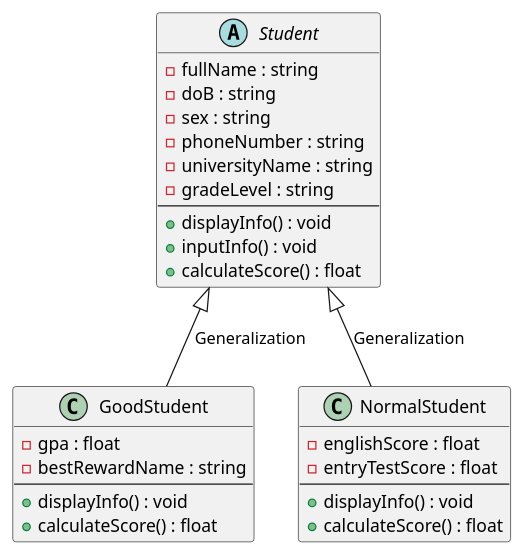
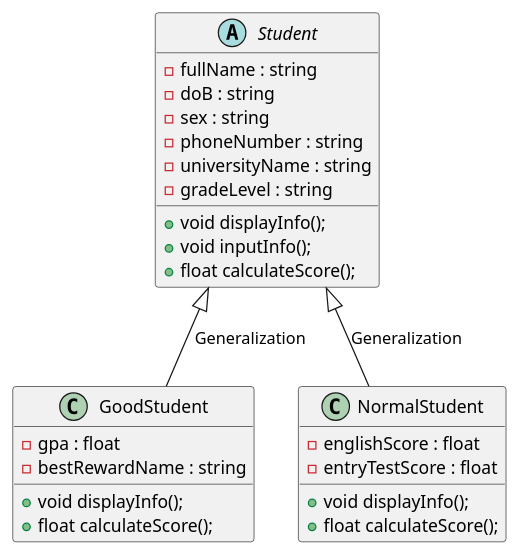
One commit to baobluebird/Basic-C-Cplusplus changed the diagram in .Assigment/OOP/ex14/diagram/diagram.wsd. Above: the diagram before and after it, drawn with PlantUML. The commit also changed 102 other files, not shown here.

Commit message:
fix diagram, fix use pointer

```diff
--- a/.Assigment/OOP/ex14/diagram/diagram.wsd
+++ b/.Assigment/OOP/ex14/diagram/diagram.wsd
@@ -1,34 +1,31 @@
 @startuml
 abstract class Student {
     - fullName : string
     - doB : string
     - sex : string
     - phoneNumber : string
     - universityName : string
     - gradeLevel : string
-    --
-    + displayInfo() : void
-    + inputInfo() : void
-    + calculateScore() : float
+    + void displayInfo();
+    + void inputInfo();
+    + float calculateScore();
 }
 
 class GoodStudent {
     - gpa : float
     - bestRewardName : string
-    --
-    + displayInfo() : void
-    + calculateScore() : float
+    + void displayInfo();
+    + float calculateScore(); 
 }
 
 class NormalStudent {
     - englishScore : float
     - entryTestScore : float
-    --
-    + displayInfo() : void
-    + calculateScore() : float
+    + void displayInfo();
+    + float calculateScore(); 
 }
 
 Student <|-- GoodStudent : Generalization 
 Student <|-- NormalStudent : Generalization 
 
 @enduml
```
